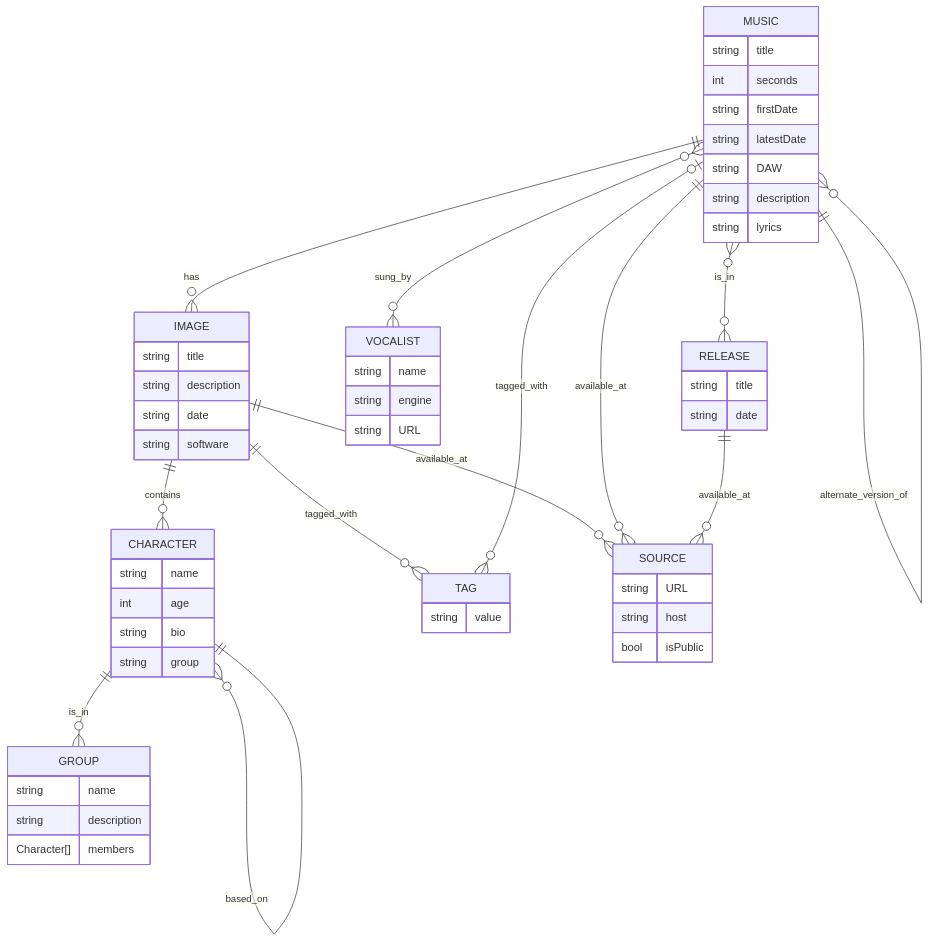
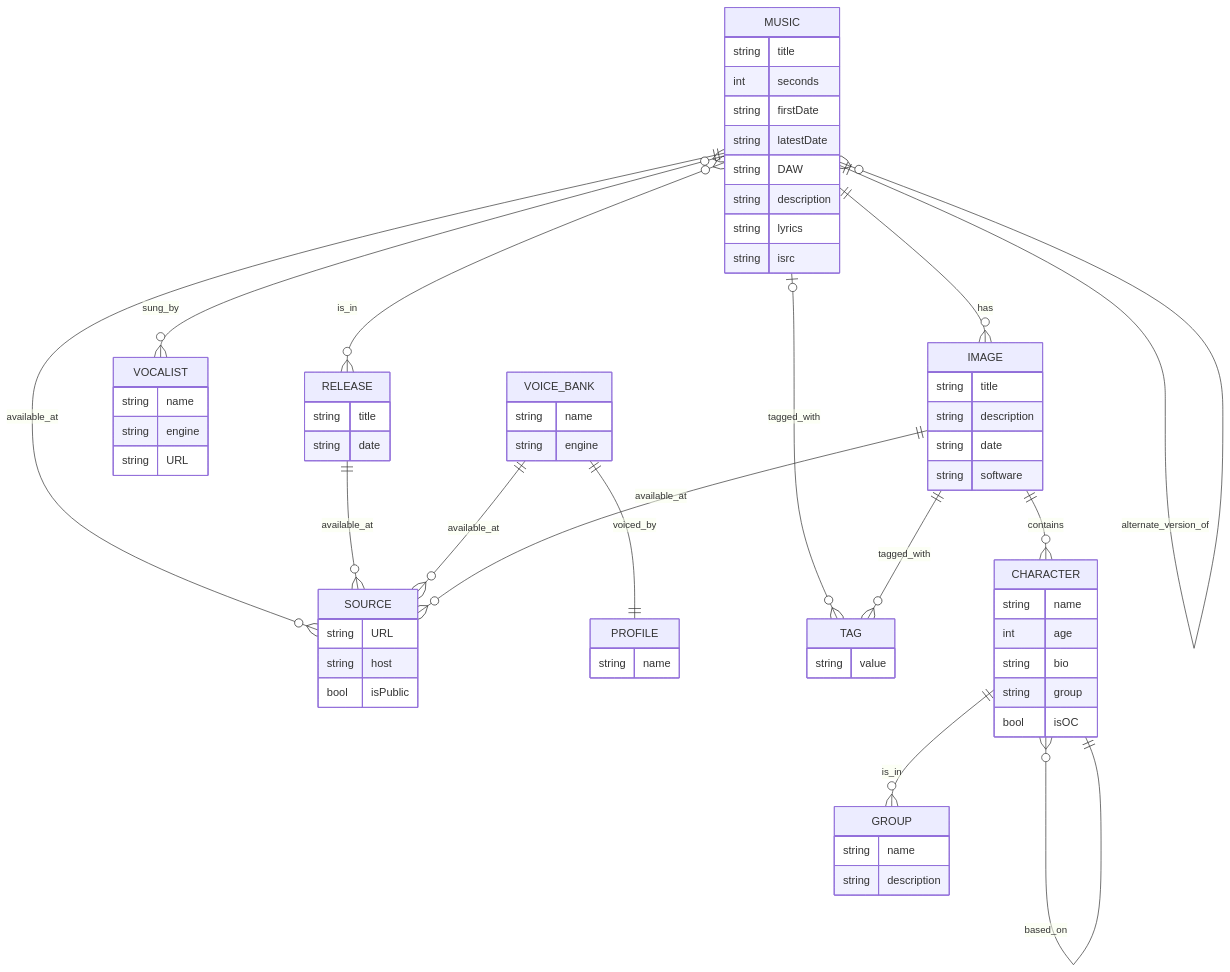
Before and after one commit to nora-hansen/nure-db: the diagram in er-diagram.md, drawn with Mermaid.

Commit message:
Diagram update

`````diff
--- a/er-diagram.md
+++ b/er-diagram.md
@@ -1,62 +1,75 @@
 ````mermaid
 ---
 ER diagram test
 ---
 erDiagram
-    IMAGE ||--o{ CHARACTER : contains
-    IMAGE ||--o{ TAG : tagged_with
-    IMAGE ||--o{ SOURCE : available_at
-    IMAGE {
-        string title
-        string description
-        string date
-        string software
+    SOURCE {
+        string URL
+        string host
+        bool isPublic
     }
-    CHARACTER ||--o{ GROUP : is_in
-    CHARACTER }o--|| CHARACTER : based_on
-    CHARACTER {
+    PROFILE {
         string name
-        int age
-        string bio
-        string group
     }
-    GROUP {
-        string name
-        string description
-        Character[] members
+    TAG {
+        string value
     }
     MUSIC ||--o{ IMAGE : has
     MUSIC |o--o{ TAG : tagged_with
     MUSIC ||--o{ SOURCE : available_at
     MUSIC }o--o{ VOCALIST : sung_by
     MUSIC ||--o{ MUSIC : alternate_version_of
     MUSIC {
         string title
         int seconds
         string firstDate
         string latestDate
         string DAW
         string description
         string lyrics
+        string isrc
     }
     MUSIC }o--o{ RELEASE : is_in
     RELEASE ||--o{ SOURCE : available_at
     RELEASE {
         string title
         string date
     }
     VOCALIST {
         string name
         string engine
         string URL
     }
-    TAG {
-        string value
+    VOICE_BANK ||--o{ SOURCE : available_at
+    VOICE_BANK ||--|| PROFILE : voiced_by
+    VOICE_BANK {
+        string name
+        string engine
     }
-    SOURCE {
-        string URL
-        string host
-        bool isPublic
+    CHARACTER ||--o{ GROUP : is_in
+    CHARACTER }o--|| CHARACTER : based_on
+    CHARACTER {
+        string name
+        int age
+        string bio
+        string group
+        bool isOC
+    }
+    GROUP {
+        string name
+        string description
+    }
+    IMAGE ||--o{ CHARACTER : contains
+    IMAGE ||--o{ TAG : tagged_with
+    IMAGE ||--o{ SOURCE : available_at
+    IMAGE {
+        string title
+        string description
+        string date
+        string software
     }
 
+
+
+
 ````
`````
